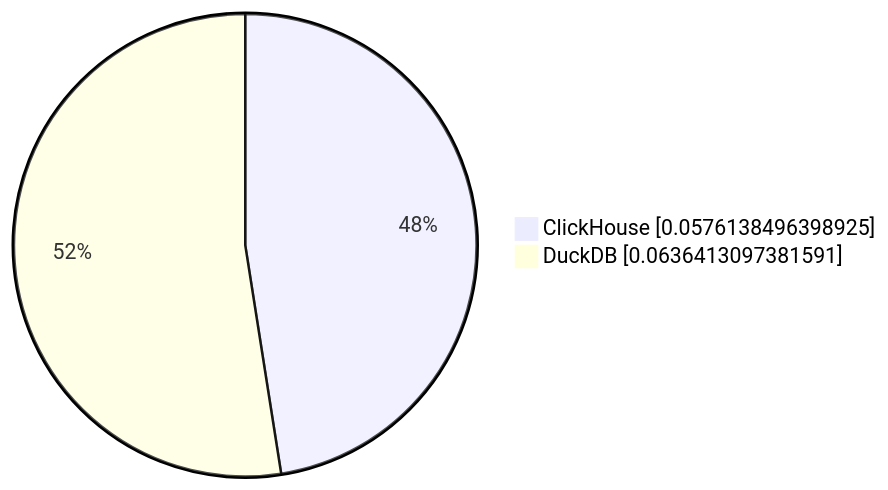
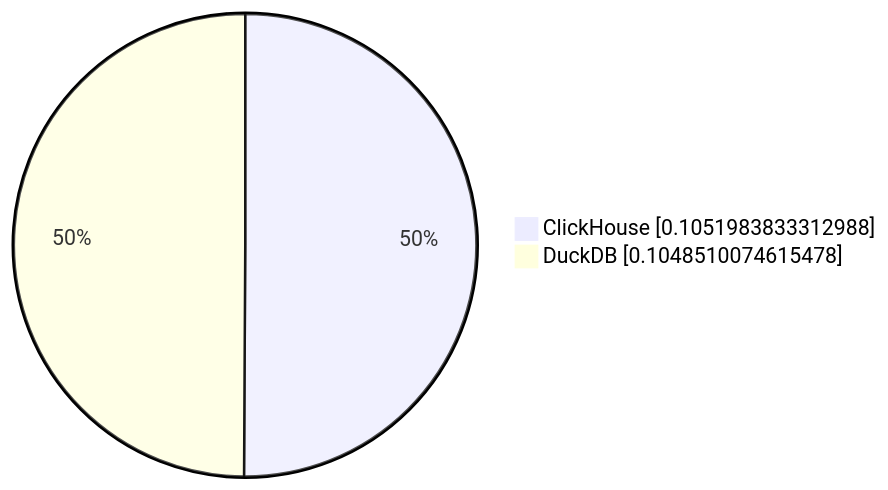
One commit to Altinity/clickhouse-regression changed the third of 7 diagrams in parquet/performance/results/nyc_taxi/23.8.2.7/README.md. Above: the diagram before and after it, drawn with Mermaid. The commit also changed other lines of this file and 2 other files, not shown here.

````diff
--- a/parquet/performance/results/nyc_taxi/23.8.2.7/README.md
+++ b/parquet/performance/results/nyc_taxi/23.8.2.7/README.md
@@ -30,5 +30,5 @@
 ```mermaid
      pie showData
-         "ClickHouse" : 0.0576138496398925
-         "DuckDB" : 0.0636413097381591
+         "ClickHouse" : 0.1051983833312988
+         "DuckDB" : 0.1048510074615478
 ```
````
